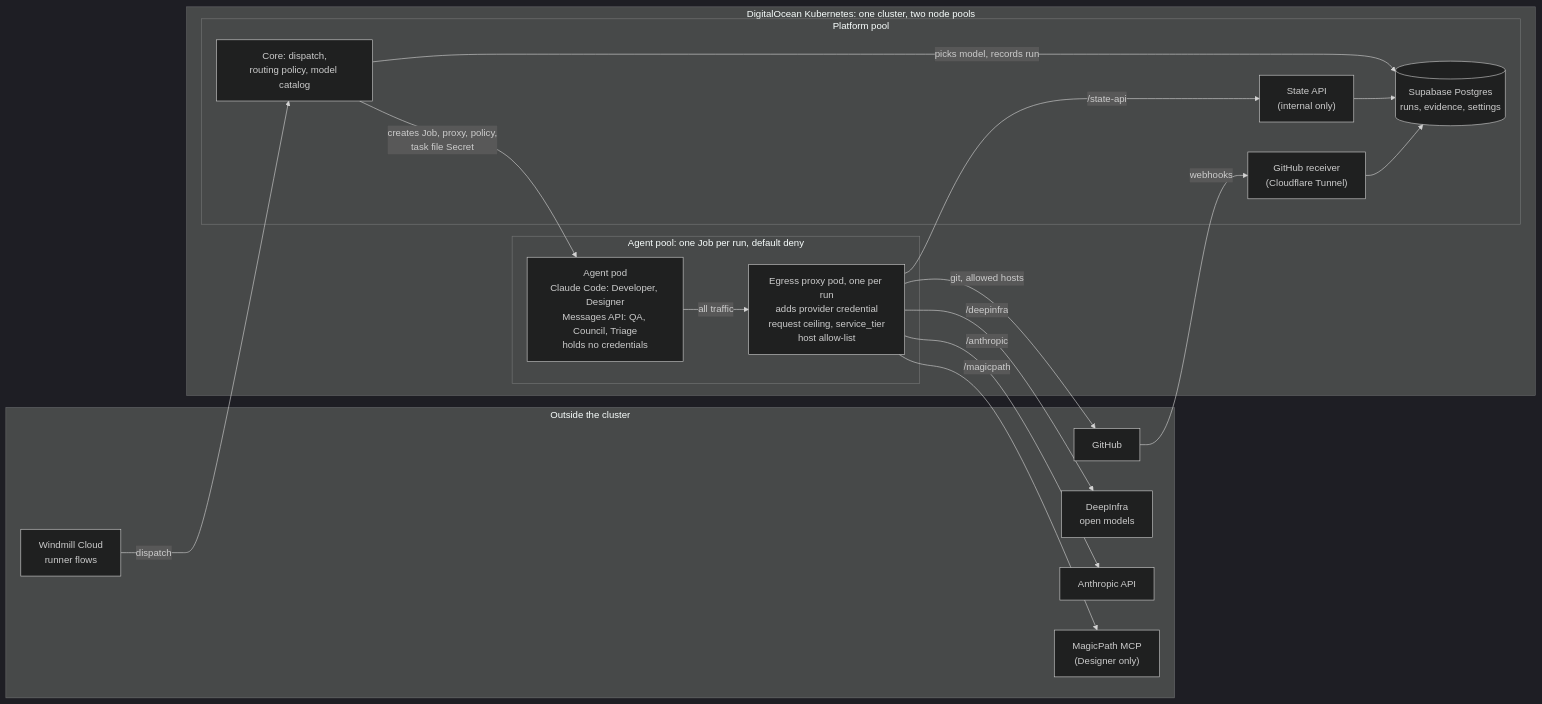
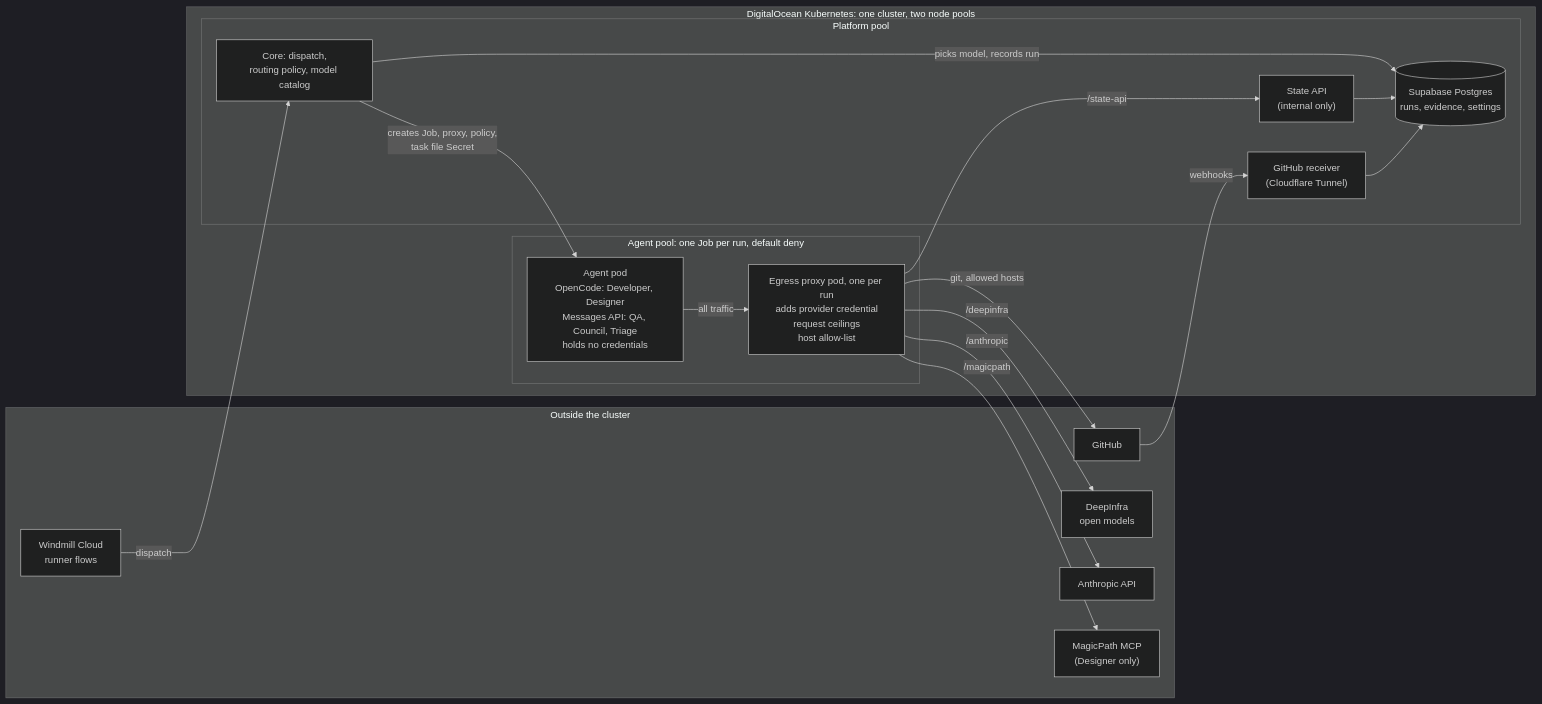
One commit to didi-build/foreman changed the diagram in docs/architecture/agent-run.mmd. Above: the diagram before and after it, drawn with Mermaid (dark theme). The commit also changed 1 other file, not shown here.

Commit message:
docs(architecture): agent-run diagram shows OpenCode for the Developer and Designer (#54)
The proxy box no longer lists service_tier: OpenCode sets the tier itself (D-222, D-223).

Claude-Session: https://claude.ai/code/session_011oCcjpD9BSQQGeSLGRqRLw

```diff
--- a/docs/architecture/agent-run.mmd
+++ b/docs/architecture/agent-run.mmd
@@ -1,32 +1,32 @@
 flowchart LR
   subgraph Outside["Outside the cluster"]
     WM["Windmill Cloud<br/>runner flows"]
     GH["GitHub"]
     DI["DeepInfra<br/>open models"]
     AN["Anthropic API"]
     MP["MagicPath MCP<br/>(Designer only)"]
   end
   subgraph Cluster["DigitalOcean Kubernetes: one cluster, two node pools"]
     subgraph Platform["Platform pool"]
       CORE["Core: dispatch,<br/>routing policy, model catalog"]
       API["State API<br/>(internal only)"]
       DB[("Supabase Postgres<br/>runs, evidence, settings")]
       RX["GitHub receiver<br/>(Cloudflare Tunnel)"]
     end
     subgraph Agents["Agent pool: one Job per run, default deny"]
-      POD["Agent pod<br/>Claude Code: Developer, Designer<br/>Messages API: QA, Council, Triage<br/>holds no credentials"]
-      PX["Egress proxy pod, one per run<br/>adds provider credential<br/>request ceiling, service_tier<br/>host allow-list"]
+      POD["Agent pod<br/>OpenCode: Developer, Designer<br/>Messages API: QA, Council, Triage<br/>holds no credentials"]
+      PX["Egress proxy pod, one per run<br/>adds provider credential<br/>request ceilings<br/>host allow-list"]
     end
   end
   WM -->|"dispatch"| CORE
   CORE -->|"picks model, records run"| DB
   CORE -->|"creates Job, proxy, policy,<br/>task file Secret"| POD
   POD -->|"all traffic"| PX
   PX -->|"/deepinfra"| DI
   PX -->|"/anthropic"| AN
   PX -->|"/magicpath"| MP
   PX -->|"git, allowed hosts"| GH
   PX -->|"/state-api"| API
   API --> DB
   GH -->|"webhooks"| RX
   RX --> DB
```
